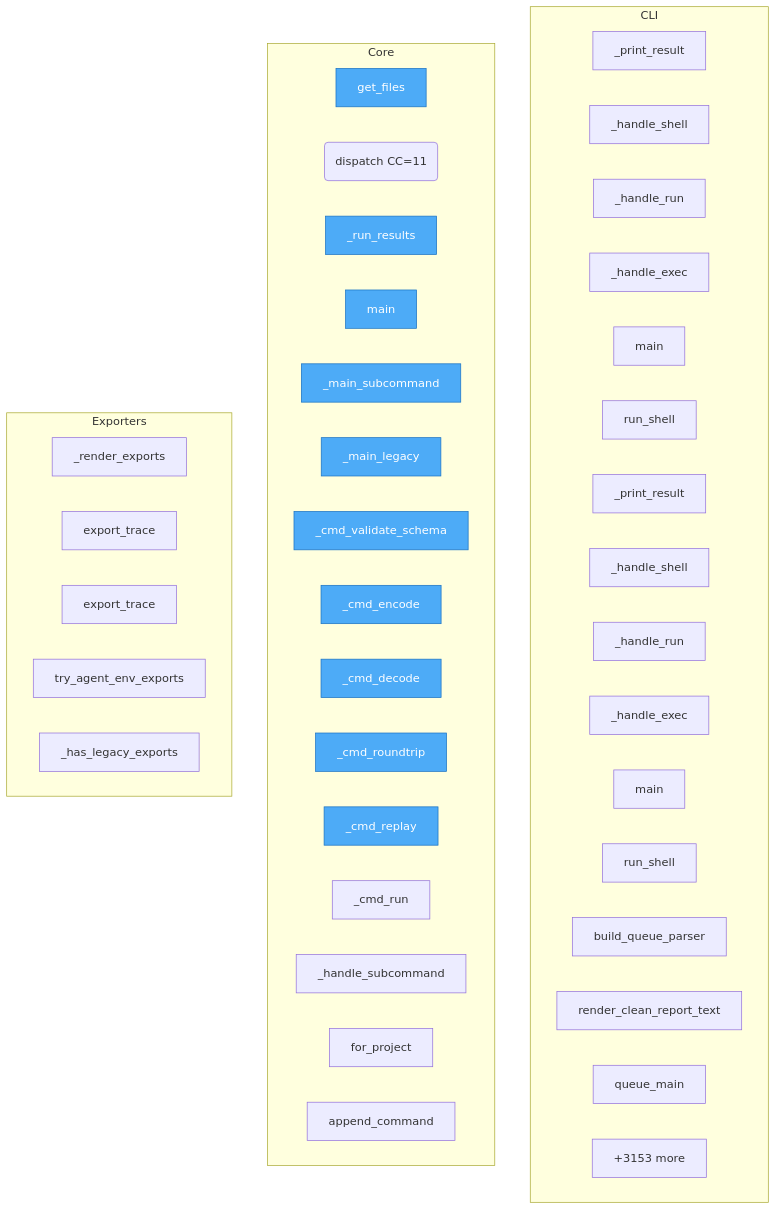
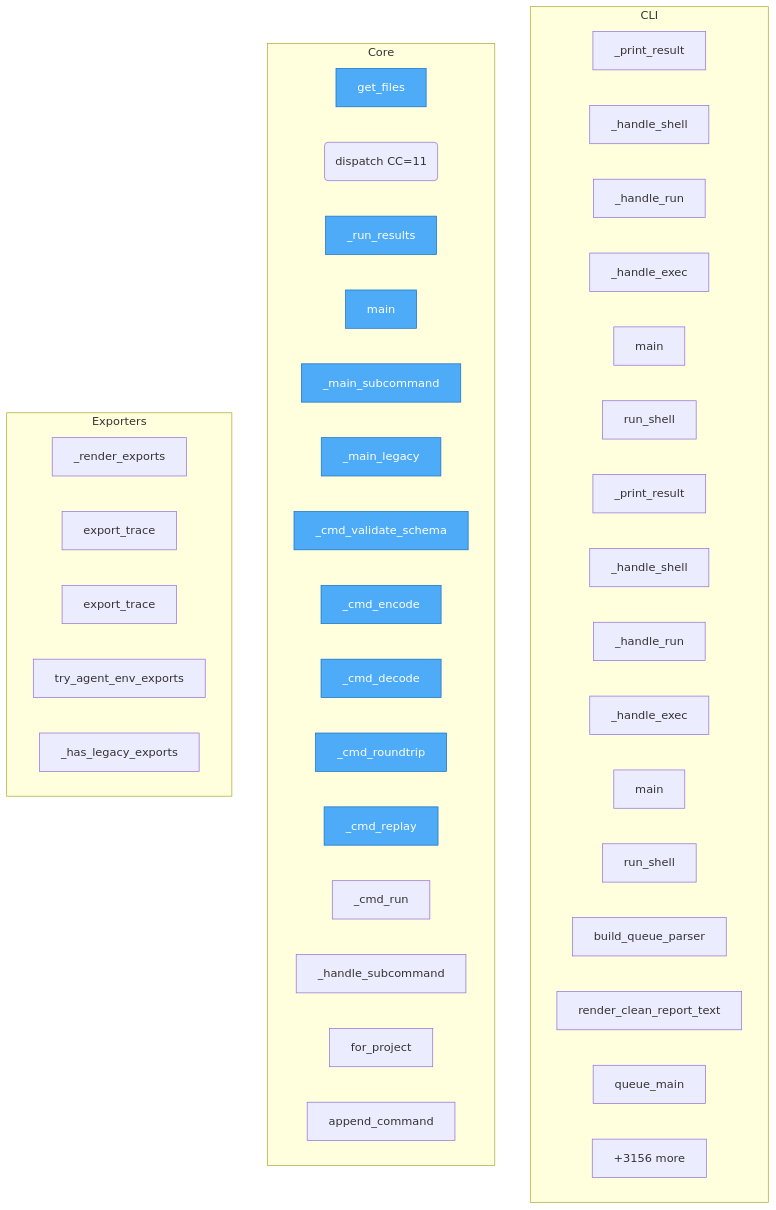
The diagram in project/flow.mmd (semcod/koru), drawn with Mermaid before and after one commit. The commit also changed 28 other files, not shown here.

```diff
--- a/project/flow.mmd
+++ b/project/flow.mmd
@@ -1,53 +1,53 @@
 flowchart TD
-%% generated in 2.01s
+%% generated in 1.36s
 
     %% Entry points (blue)
     classDef entry fill:#4dabf7,stroke:#1971c2,color:#fff
 
     subgraph CLI
         packages__cli2koru__src__cli2koru__cli___print_result["_print_result"]
         packages__cli2koru__src__cli2koru__cli___handle_shell["_handle_shell"]
         packages__cli2koru__src__cli2koru__cli___handle_run["_handle_run"]
         packages__cli2koru__src__cli2koru__cli___handle_exec["_handle_exec"]
         packages__cli2koru__src__cli2koru__cli__main["main"]
         packages__cli2koru__src__cli2koru__shell__run_shell["run_shell"]
         packages__cli2coru__src__cli2coru__cli___print_result["_print_result"]
         packages__cli2coru__src__cli2coru__cli___handle_shell["_handle_shell"]
         packages__cli2coru__src__cli2coru__cli___handle_run["_handle_run"]
         packages__cli2coru__src__cli2coru__cli___handle_exec["_handle_exec"]
         packages__cli2coru__src__cli2coru__cli__main["main"]
         packages__cli2coru__src__cli2coru__shell__run_shell["run_shell"]
         koru__cli_queue__build_queue_parser["build_queue_parser"]
         koru__cli_queue__render_clean_report_text["render_clean_report_text"]
         koru__cli_queue__queue_main["queue_main"]
         ...["+4 more"]
     end
 
     subgraph Core
         check_dups__get_files["get_files"]
         packages__dsl2koru__src__dsl2koru__bus__dispatch("dispatch CC=11")
         packages__dsl2koru__src__dsl2koru__cli___run_results["_run_results"]
         packages__dsl2koru__src__dsl2koru__cli__main["main"]
         packages__dsl2koru__src__dsl2koru__cli___main_subcommand["_main_subcommand"]
         packages__dsl2koru__src__dsl2koru__cli___main_legacy["_main_legacy"]
         packages__dsl2koru__src__dsl2koru__cli___cmd_validate_schema["_cmd_validate_schema"]
         packages__dsl2koru__src__dsl2koru__cli___cmd_encode["_cmd_encode"]
         packages__dsl2koru__src__dsl2koru__cli___cmd_decode["_cmd_decode"]
         packages__dsl2koru__src__dsl2koru__cli___cmd_roundtrip["_cmd_roundtrip"]
         packages__dsl2koru__src__dsl2koru__cli___cmd_replay["_cmd_replay"]
         packages__dsl2koru__src__dsl2koru__cli___cmd_run["_cmd_run"]
         packages__dsl2koru__src__dsl2koru__cli___handle_subcommand["_handle_subcommand"]
         packages__dsl2koru__src__dsl2koru__events__EventStore__for_project["for_project"]
         packages__dsl2koru__src__dsl2koru__events__EventStore__append_command["append_command"]
-        ...["+3153 more"]
+        ...["+3156 more"]
     end
 
     subgraph Exporters
         packages__koruenv__src__koruenv__cli___render_exports["_render_exports"]
         packages__nlpshim__src__nlpshim__conversation_client__ConversationTestClient__export_trace["export_trace"]
         packages__nlpshim__src__nlpshim__conversation_test_api__export_trace["export_trace"]
         src__koru__agent_cli_helpers__try_agent_env_exports["try_agent_env_exports"]
         src__koru__cli___has_legacy_exports["_has_legacy_exports"]
     end
 
     class check_dups__get_files,packages__dsl2koru__src__dsl2koru__cli___run_results,packages__dsl2koru__src__dsl2koru__cli__main,packages__dsl2koru__src__dsl2koru__cli___main_subcommand,packages__dsl2koru__src__dsl2koru__cli___main_legacy,packages__dsl2koru__src__dsl2koru__cli___cmd_validate_schema,packages__dsl2koru__src__dsl2koru__cli___cmd_encode,packages__dsl2koru__src__dsl2koru__cli___cmd_decode,packages__dsl2koru__src__dsl2koru__cli___cmd_roundtrip,packages__dsl2koru__src__dsl2koru__cli___cmd_replay entry
```
